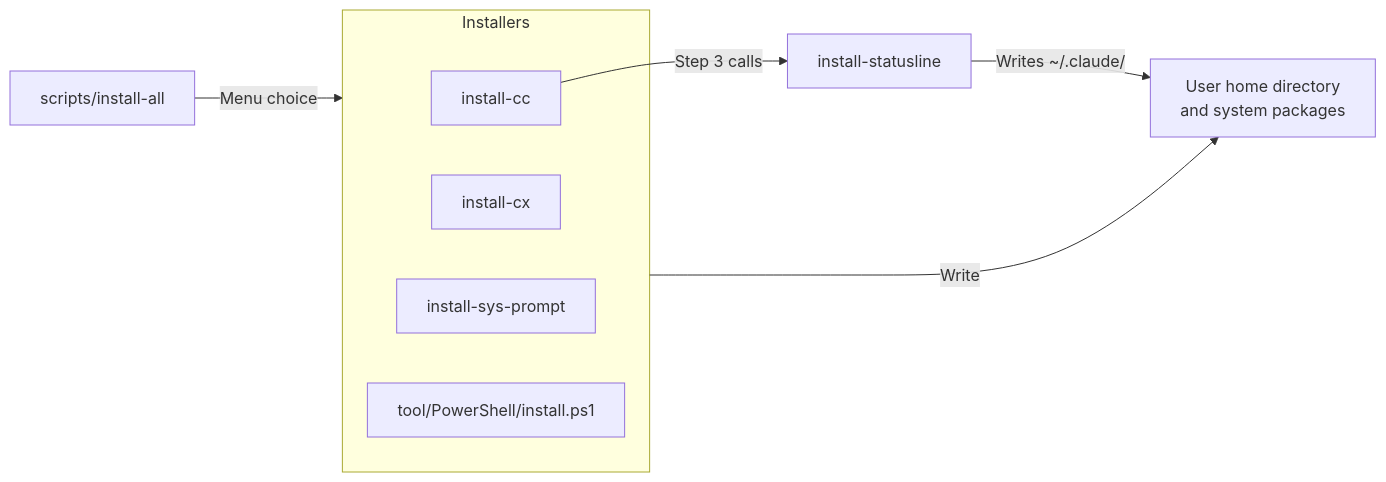
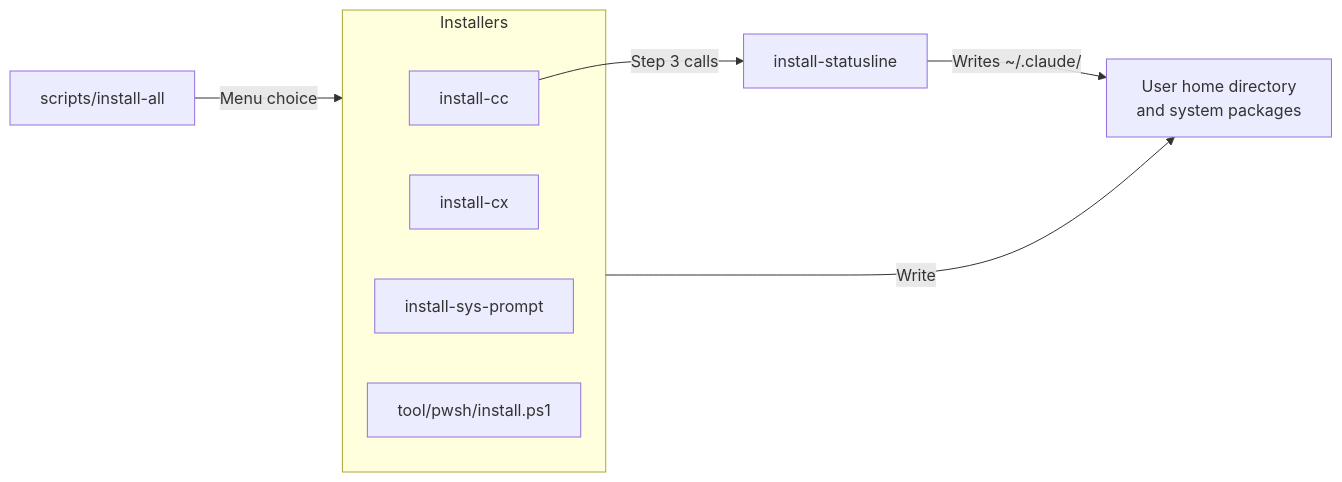
The diagram in cli-agents/CLI-AGENTS.md (Aery9527/ai-research), drawn with Mermaid before and after one commit. The commit also changed other lines of this file and 18 other files, not shown here.

Commit message:
refactor: rename PowerShell tools and remove Copilot shortcuts

````diff
--- a/cli-agents/CLI-AGENTS.md
+++ b/cli-agents/CLI-AGENTS.md
@@ -38,18 +38,18 @@
 ```mermaid
 flowchart LR
     accTitle: One-click installers
     accDescr: install-all offers a menu that calls each installer; every installer writes outside the repository.
     InstallAll["scripts/install-all"]
     subgraph Installers["Installers"]
         Cc["install-cc"]
         Cx["install-cx"]
         SysPrompt["install-sys-prompt"]
-        Pwsh["tool/PowerShell/install.ps1"]
+        Pwsh["tool/pwsh/install.ps1"]
     end
     Statusline["install-statusline"]
     Home["User home directory<br/>and system packages"]
     InstallAll -->|Menu choice| Installers
     Cc -->|Step 3 calls| Statusline
     Installers -->|Write| Home
     Statusline -->|Writes ~/.claude/| Home
 ```
````
